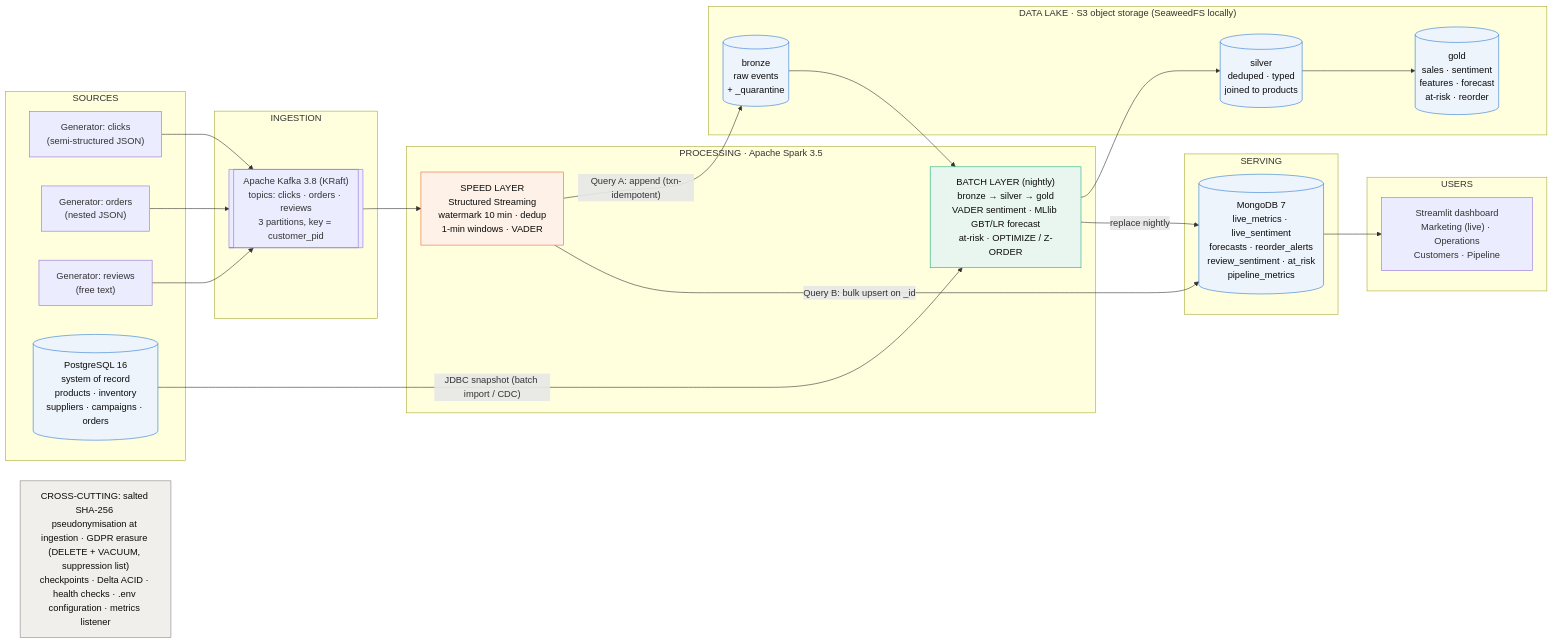
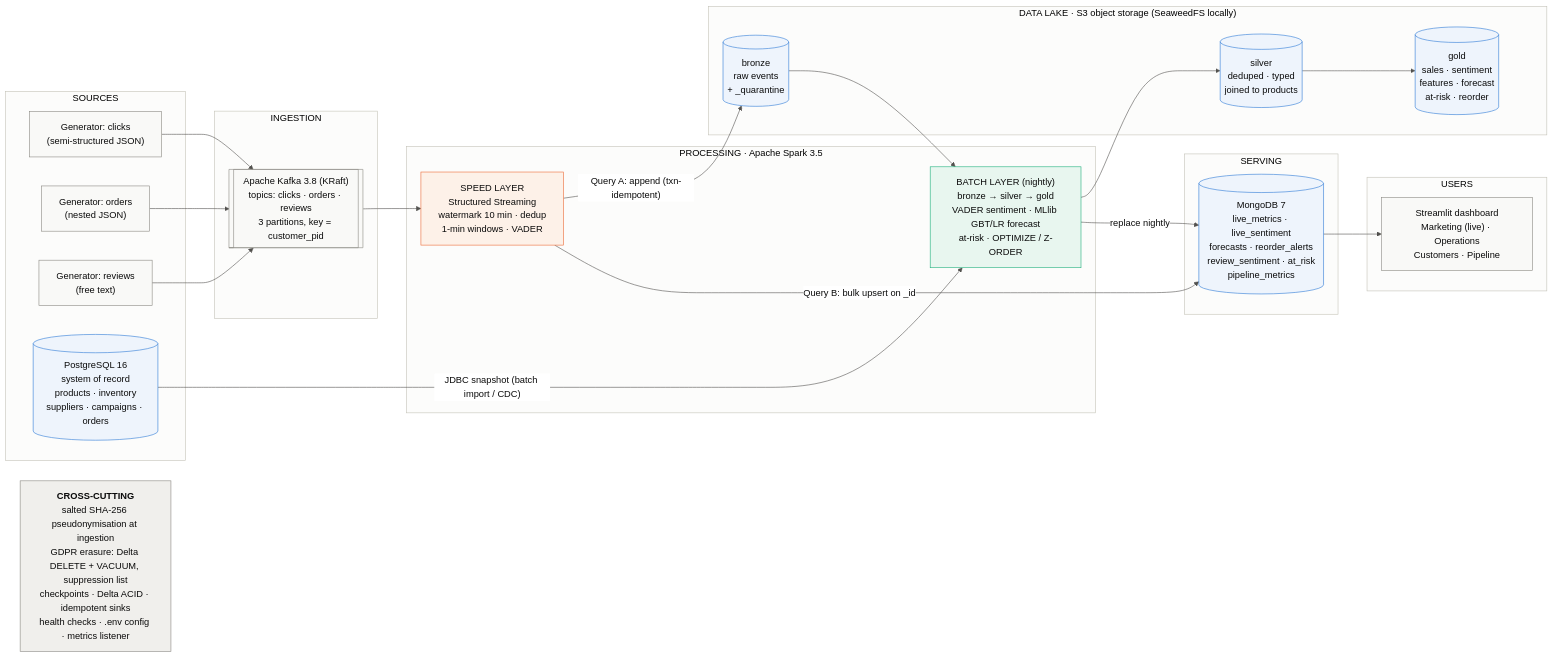
One commit to yvee2026/ezyshop-bigdata-prototype changed the diagram in docs/architecture.mmd. Above: the diagram before and after it, drawn with Mermaid. The commit also changed 31 other files, not shown here.

First line of the commit message:
Phase 8: docs, sample data, screenshots, architecture diagram, video script

```diff
--- a/docs/architecture.mmd
+++ b/docs/architecture.mmd
@@ -1,54 +1,55 @@
 %% EzyShop Big Data prototype: Lambda architecture (render: make diagram)
+%%{init: {"theme": "base", "themeVariables": {"primaryColor": "#f9f9f7", "primaryBorderColor": "#898781", "primaryTextColor": "#0b0b0b", "lineColor": "#52514e", "clusterBkg": "#fcfcfb", "clusterBorder": "#c3c2b7", "edgeLabelBackground": "#ffffff"}}}%%
 flowchart LR
   subgraph SRC["SOURCES"]
     G1["Generator: clicks<br/>(semi-structured JSON)"]
     G2["Generator: orders<br/>(nested JSON)"]
     G3["Generator: reviews<br/>(free text)"]
     PG[("PostgreSQL 16<br/>system of record<br/>products · inventory<br/>suppliers · campaigns · orders")]
   end
 
   subgraph ING["INGESTION"]
     K[["Apache Kafka 3.8 (KRaft)<br/>topics: clicks · orders · reviews<br/>3 partitions, key = customer_pid"]]
   end
 
   subgraph PROC["PROCESSING · Apache Spark 3.5"]
     SP["SPEED LAYER<br/>Structured Streaming<br/>watermark 10 min · dedup<br/>1-min windows · VADER"]
     BA["BATCH LAYER (nightly)<br/>bronze → silver → gold<br/>VADER sentiment · MLlib GBT/LR forecast<br/>at-risk · OPTIMIZE / Z-ORDER"]
   end
 
   subgraph LAKE["DATA LAKE · S3 object storage (SeaweedFS locally)"]
     BR[("bronze<br/>raw events<br/>+ _quarantine")]
     SI[("silver<br/>deduped · typed<br/>joined to products")]
     GO[("gold<br/>sales · sentiment<br/>features · forecast<br/>at-risk · reorder")]
   end
 
   subgraph SERVE["SERVING"]
     M[("MongoDB 7<br/>live_metrics · live_sentiment<br/>forecasts · reorder_alerts<br/>review_sentiment · at_risk<br/>pipeline_metrics")]
   end
 
   subgraph USERS["USERS"]
     D["Streamlit dashboard<br/>Marketing (live) · Operations<br/>Customers · Pipeline"]
   end
 
   G1 --> K
   G2 --> K
   G3 --> K
   K --> SP
   SP -- "Query A: append (txn-idempotent)" --> BR
   SP -- "Query B: bulk upsert on _id" --> M
   BR --> BA
   PG -- "JDBC snapshot (batch import / CDC)" --> BA
   BA --> SI --> GO
   BA -- "replace nightly" --> M
   M --> D
 
-  X["CROSS-CUTTING: salted SHA-256 pseudonymisation at ingestion · GDPR erasure (DELETE + VACUUM, suppression list)<br/>checkpoints · Delta ACID · health checks · .env configuration · metrics listener"]
+  X["<b>CROSS-CUTTING</b><br/>salted SHA-256 pseudonymisation at ingestion<br/>GDPR erasure: Delta DELETE + VACUUM, suppression list<br/>checkpoints · Delta ACID · idempotent sinks<br/>health checks · .env config · metrics listener"]
 
   classDef speed fill:#fdf1e8,stroke:#eb6834,color:#0b0b0b;
   classDef batch fill:#e8f6ef,stroke:#1baf7a,color:#0b0b0b;
   classDef store fill:#eef4fc,stroke:#2a78d6,color:#0b0b0b;
   classDef cross fill:#f0efec,stroke:#898781,color:#0b0b0b;
   class SP speed;
   class BA batch;
   class BR,SI,GO,M,PG store;
   class X cross;
```
